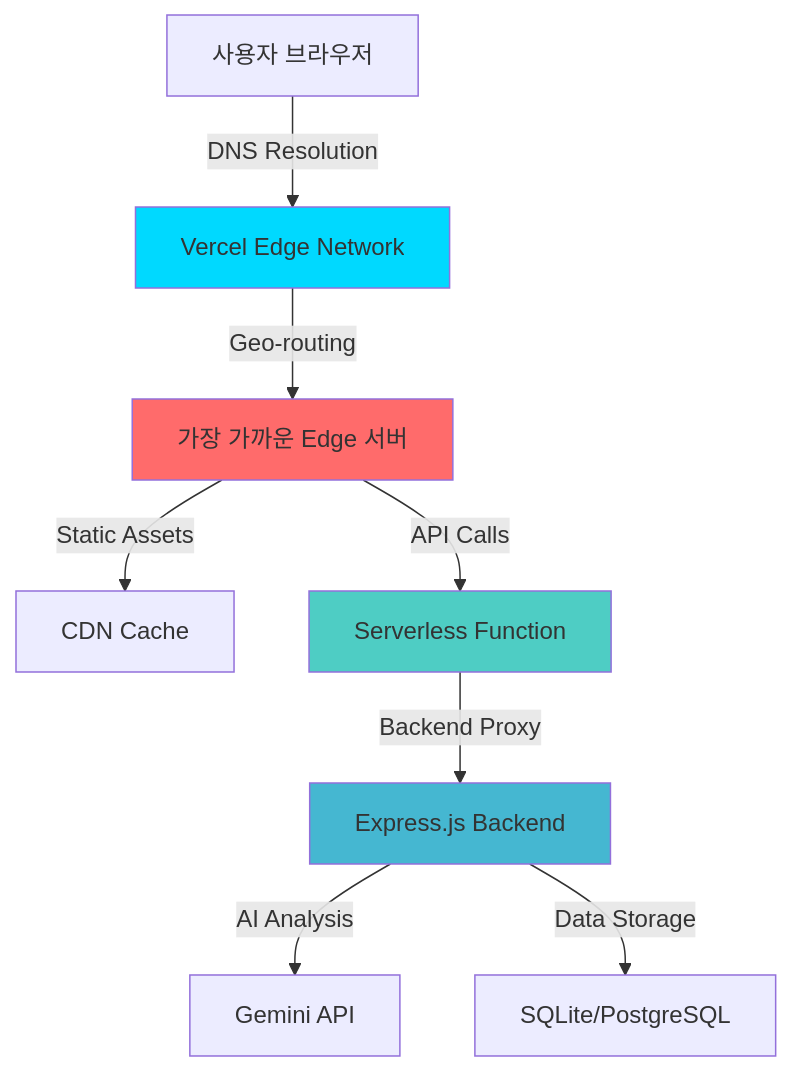
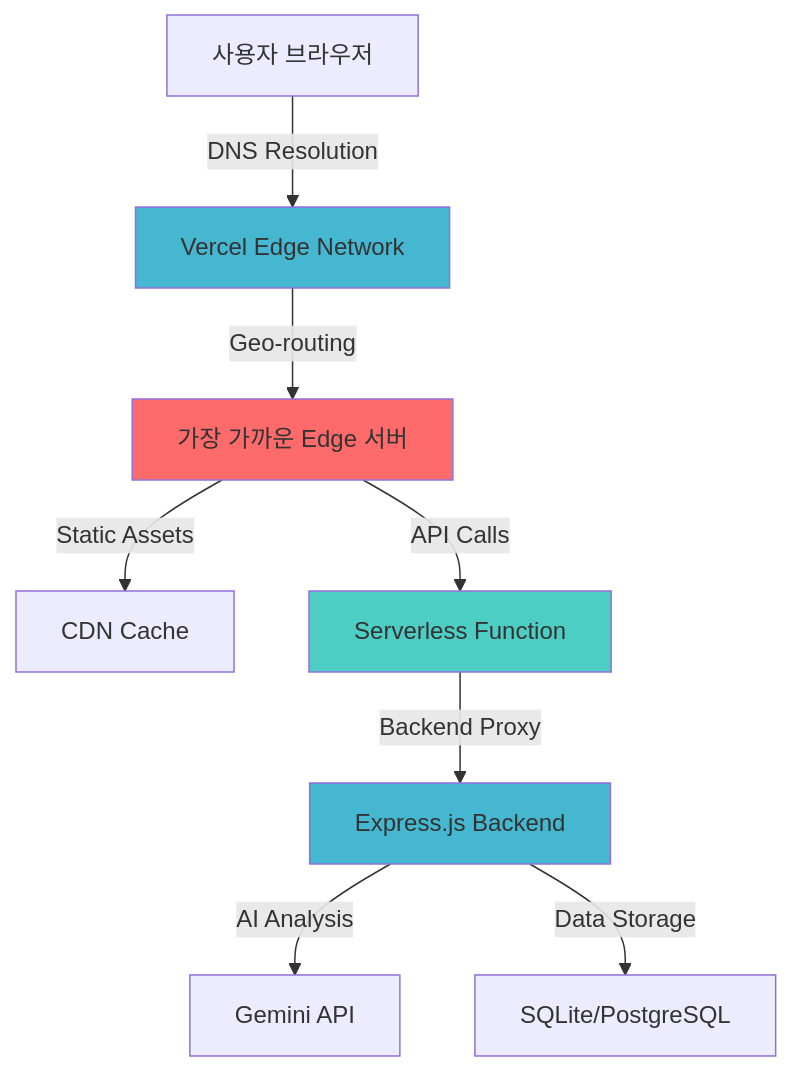
Before and after one commit to uthem150/criti-ai: the diagram in challenge-web/README.md, drawn with Mermaid. The commit also changed other lines of this file and 6 other files, not shown here.

````diff
--- a/challenge-web/README.md
+++ b/challenge-web/README.md
@@ -29,15 +27,15 @@
 ```mermaid
 graph TD
     A[사용자 브라우저] -->|DNS Resolution| B[Vercel Edge Network]
     B -->|Geo-routing| C[가장 가까운 Edge 서버]
     C -->|Static Assets| D[CDN Cache]
     C -->|API Calls| E[Serverless Function]
     E -->|Backend Proxy| F[Express.js Backend]
     F -->|AI Analysis| G[Gemini API]
     F -->|Data Storage| H[SQLite/PostgreSQL]
-    
-    style B fill:#00D9FF
+
+    style B fill:#45B7D1
     style C fill:#FF6B6B
     style E fill:#4ECDC4
     style F fill:#45B7D1
 ```
````
